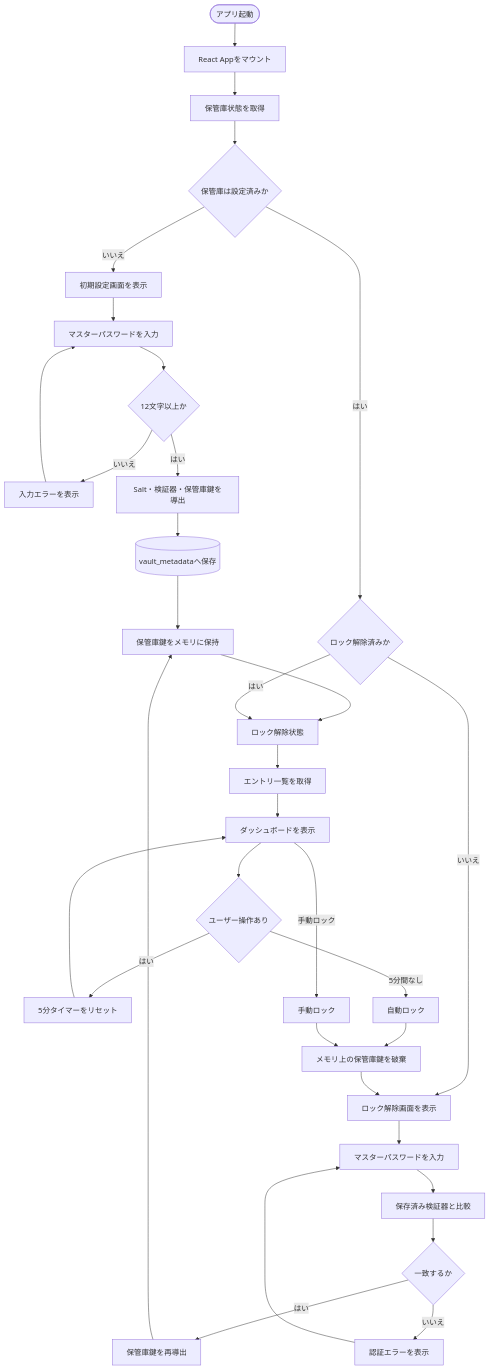
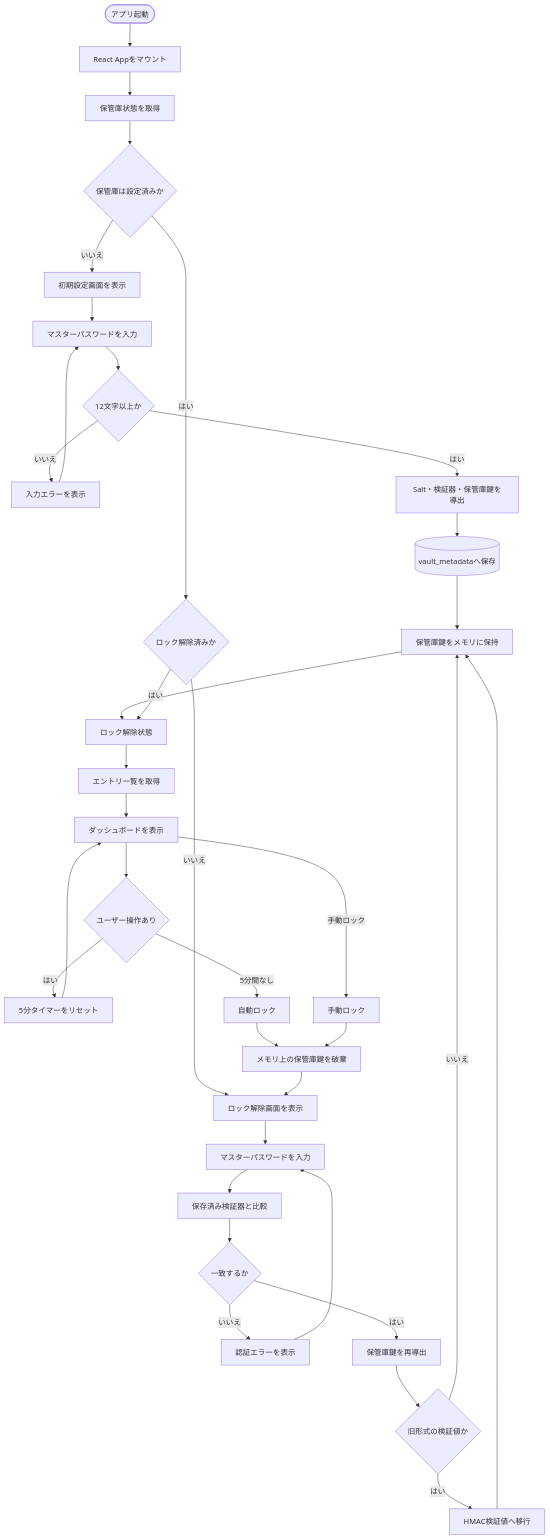
One commit to Termnix-IT/CIPHER-VAULT changed the diagram in docs/ワークフロー/01-起動・初期設定・ロック解除.md. Above: the diagram before and after it, drawn with Mermaid. The commit also changed other lines of this file and 21 other files, not shown here.

````diff
--- a/docs/ワークフロー/01-起動・初期設定・ロック解除.md
+++ b/docs/ワークフロー/01-起動・初期設定・ロック解除.md
@@ -5,39 +5,42 @@
 ```mermaid
 flowchart TD
     start([アプリ起動]) --> mount[React Appをマウント]
     mount --> status[保管庫状態を取得]
     status --> configured{保管庫は設定済みか}
 
     configured -- いいえ --> setupScreen[初期設定画面を表示]
     setupScreen --> setupInput[マスターパスワードを入力]
     setupInput --> setupValid{12文字以上か}
     setupValid -- いいえ --> setupError[入力エラーを表示]
     setupError --> setupInput
     setupValid -- はい --> deriveSetup[Salt・検証器・保管庫鍵を導出]
     deriveSetup --> saveMetadata[(vault_metadataへ保存)]
     saveMetadata --> keepKey[保管庫鍵をメモリに保持]
     keepKey --> unlocked
 
     configured -- はい --> unlockedCheck{ロック解除済みか}
     unlockedCheck -- いいえ --> unlockScreen[ロック解除画面を表示]
     unlockScreen --> unlockInput[マスターパスワードを入力]
     unlockInput --> verify[保存済み検証器と比較]
     verify --> verified{一致するか}
     verified -- いいえ --> unlockError[認証エラーを表示]
     unlockError --> unlockInput
     verified -- はい --> deriveUnlock[保管庫鍵を再導出]
-    deriveUnlock --> keepKey
+    deriveUnlock --> legacy{旧形式の検証値か}
+    legacy -- はい --> migrate[HMAC検証値へ移行]
+    migrate --> keepKey
+    legacy -- いいえ --> keepKey
 
     unlockedCheck -- はい --> unlocked[ロック解除状態]
     unlocked --> list[エントリ一覧を取得]
     list --> dashboard[ダッシュボードを表示]
 
     dashboard --> activity{ユーザー操作あり}
     activity -- はい --> resetTimer[5分タイマーをリセット]
     resetTimer --> dashboard
     activity -- 5分間なし --> autoLock[自動ロック]
     dashboard -->|手動ロック| manualLock[手動ロック]
     autoLock --> clearKey[メモリ上の保管庫鍵を破棄]
     manualLock --> clearKey
     clearKey --> unlockScreen
 ```
````
